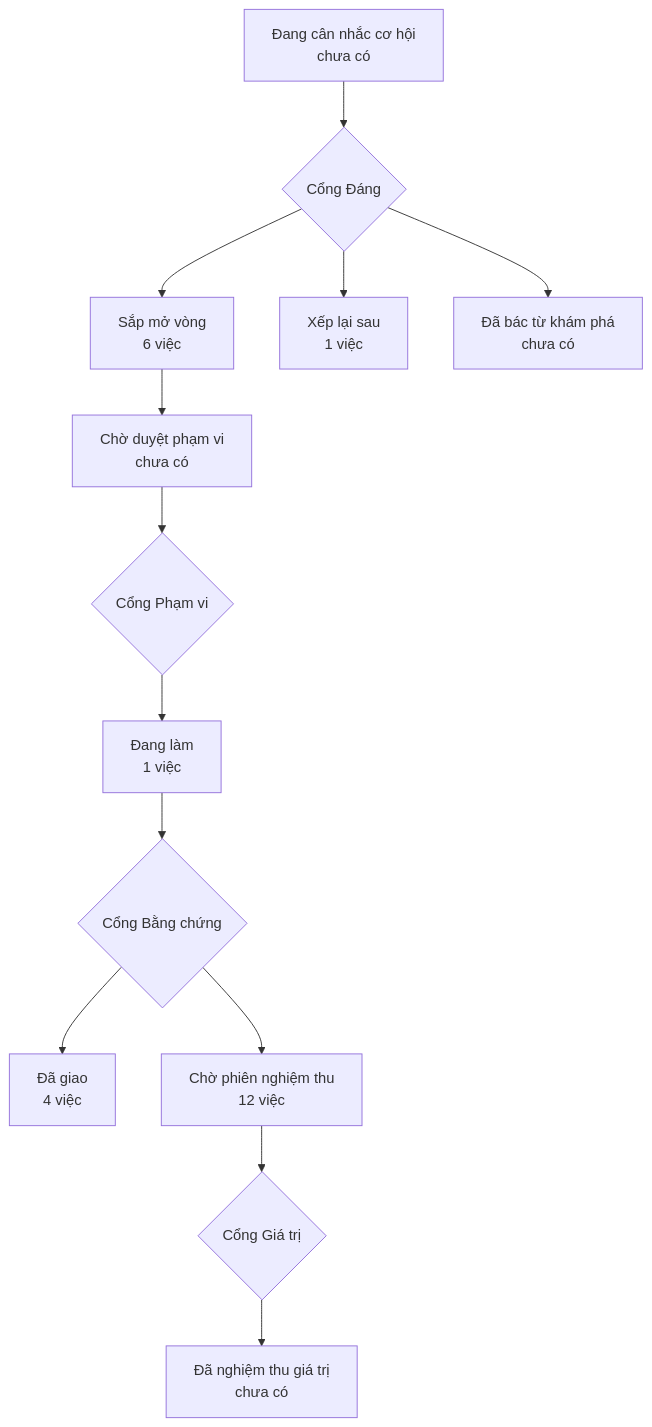
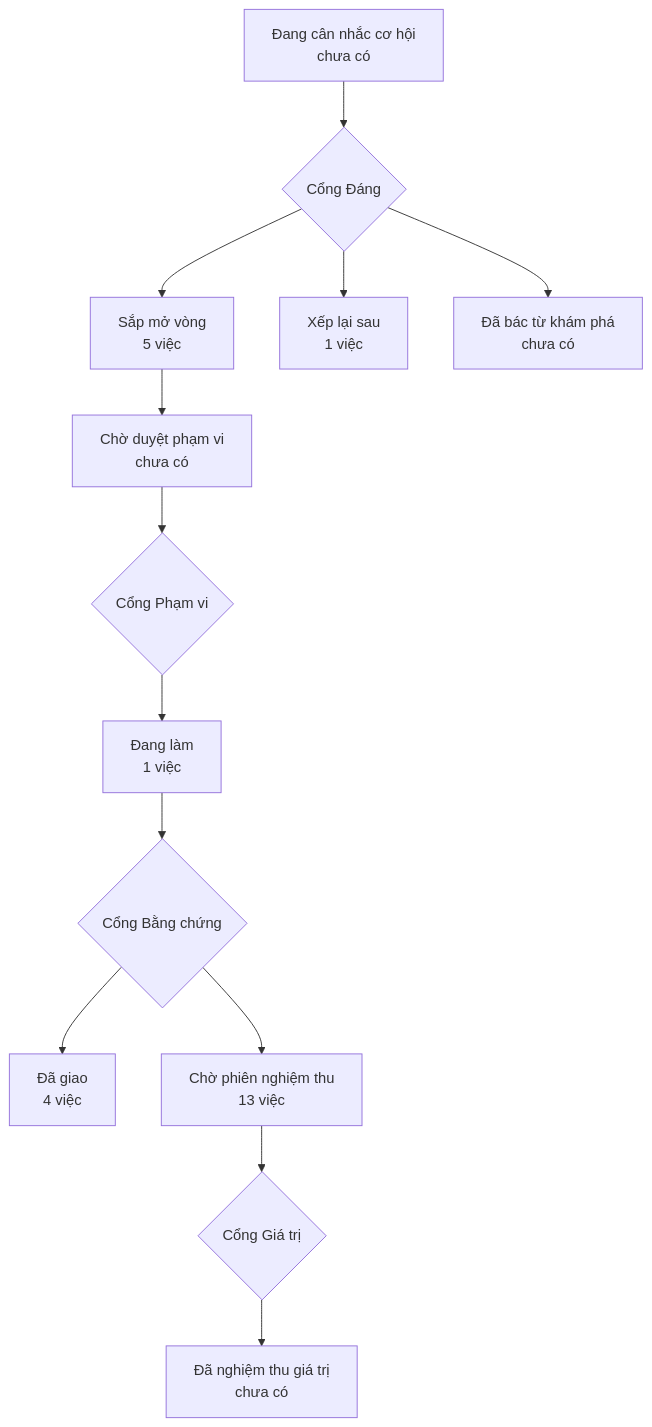
One commit to phanlemanh/onehub-quy-hang changed the diagram in PRODUCT-MAP.md. Above: the diagram before and after it, drawn with Mermaid. The commit also changed 1 other file, not shown here.

Commit message:
chore(product-map): vẽ lại sau khi gộp main (PR #31)

````diff
--- a/PRODUCT-MAP.md
+++ b/PRODUCT-MAP.md
@@ -7,12 +7,12 @@
 ```mermaid
 flowchart TD
   A["Đang cân nhắc cơ hội<br/>chưa có"] --> GD{"Cổng Đáng"}
-  GD --> B["Sắp mở vòng<br/>6 việc"]
+  GD --> B["Sắp mở vòng<br/>5 việc"]
   GD --> XL["Xếp lại sau<br/>1 việc"]
   GD --> DB["Đã bác từ khám phá<br/>chưa có"]
   B --> CD["Chờ duyệt phạm vi<br/>chưa có"] --> GP{"Cổng Phạm vi"}
   GP --> DL["Đang làm<br/>1 việc"] --> GB{"Cổng Bằng chứng"}
   GB --> DG["Đã giao<br/>4 việc"]
-  GB --> CN["Chờ phiên nghiệm thu<br/>12 việc"] --> GG{"Cổng Giá trị"}
+  GB --> CN["Chờ phiên nghiệm thu<br/>13 việc"] --> GG{"Cổng Giá trị"}
   GG --> NT["Đã nghiệm thu giá trị<br/>chưa có"]
 ```
````
